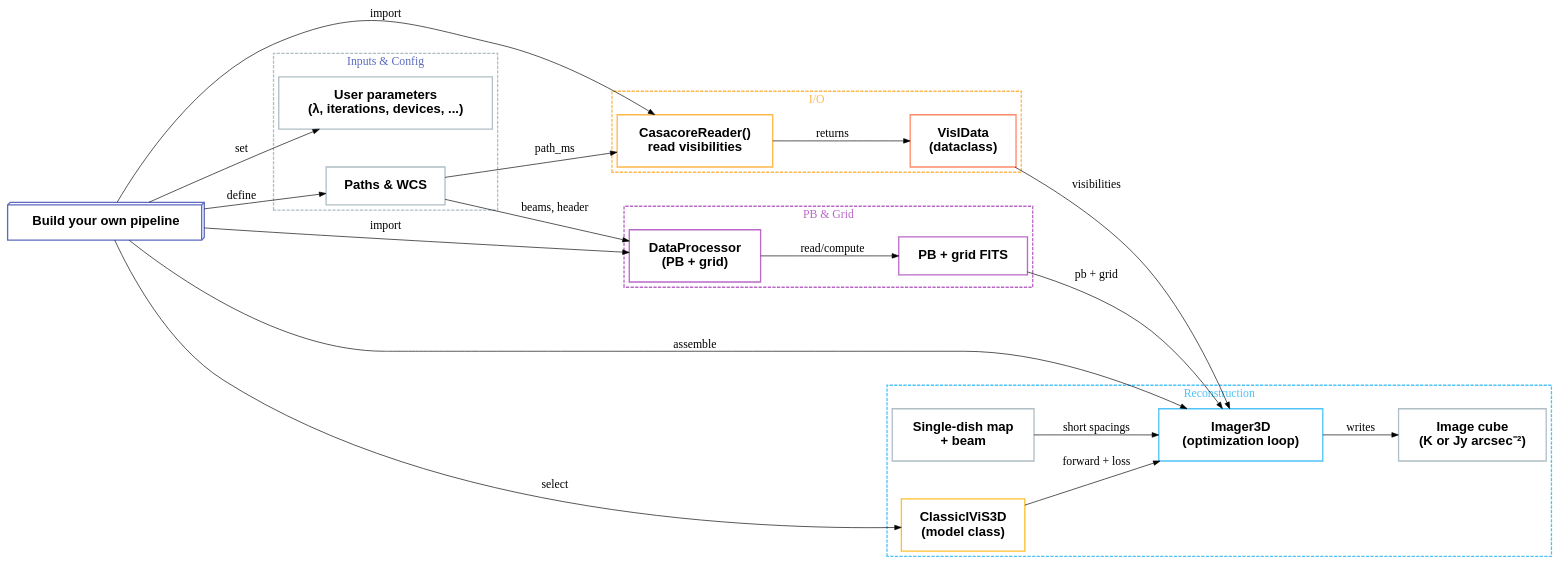
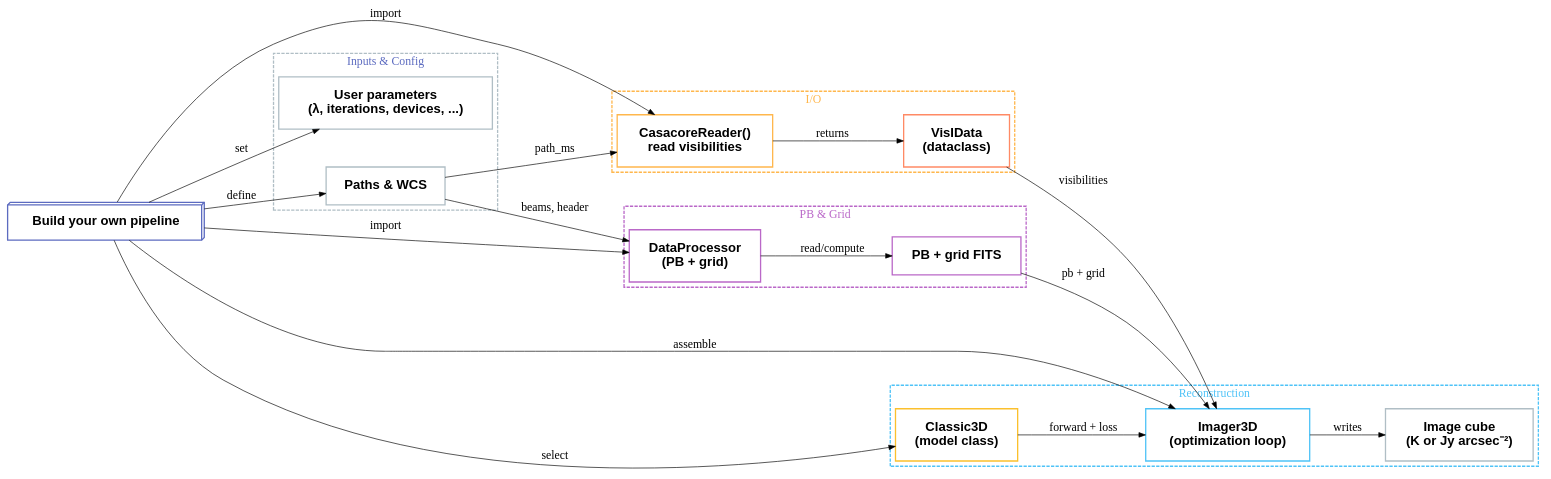
Before and after one commit to antoinemarchal/ivis: the third of 3 diagrams in docs/contents/workflow.rst, drawn with Graphviz. The commit also changed other lines of this file, not shown here.

Commit message:
update workflow graph

```diff
--- a/docs/contents/workflow.rst
+++ b/docs/contents/workflow.rst
@@ -37,113 +253,108 @@
-.. graphviz::
+   .. graphviz::
 
-   digraph ivis_workflow {
-       rankdir=LR;             // left-to-right layout
-       bgcolor="white";
-       fontcolor="black";
-       fontsize=22;            // global font size
-       nodesep=0.8;
-       ranksep=0.8;
+      digraph ivis_workflow {
+	  rankdir=LR;             // left-to-right layout
+	  bgcolor="white";
+	  fontcolor="black";
+	  fontsize=22;            // global font size
+	  nodesep=0.8;
+	  ranksep=0.8;
 
-       node [
-           shape=box,
-           style=filled,
-           fontname="Helvetica-Bold",
-           fontsize=20,
-           fontcolor="black",
-           fillcolor="white",
-           margin=0.25,
-           penwidth=2           // thicker node borders
-       ];
+	  node [
+	      shape=box,
+	      style=filled,
+	      fontname="Helvetica-Bold",
+	      fontsize=20,
+	      fontcolor="black",
+	      fillcolor="white",
+	      margin=0.25,
+	      penwidth=2           // thicker node borders
+	  ];
 
-       // --- Main pipeline ---
-       PIPELINE   [label="Build your own pipeline", shape=box3d, color="#5c6bc0"];
+	  // --- Main pipeline ---
+	  PIPELINE   [label="Build your own pipeline", shape=box3d, color="#5c6bc0"];
 
-       // --- Inputs / config ---
-       PATHS      [label="Paths & WCS", color="#b0bec5"];
-       PARAMS     [label="User parameters\n(λ, iterations, devices, ...)", color="#b0bec5"];
+	  // --- Inputs / config ---
+	  PATHS      [label="Paths & WCS", color="#b0bec5"];
+	  PARAMS     [label="User parameters\n(λ, iterations, devices, ...)", color="#b0bec5"];
 
-       // --- I/O stage ---
-       CASAREAD   [label="CasacoreReader()\nread visibilities", color="#ffb74d"];
-       VISDATA    [label="VisIData\n(dataclass)", color="#ff8a65"];
+	  // --- I/O stage ---
+	  CASAREAD   [label="CasacoreReader()\nread visibilities", color="#ffb74d"];
+	  VISDATA    [label="VisIData\n(dataclass)", color="#ff8a65"];
 
-       // --- PB + grid stage ---
-       DATAPROC   [label="DataProcessor\n(PB + grid)", color="#ba68c8"];
-       PBGRID     [label="PB + grid FITS", color="#ba68c8"];
+	  // --- PB + grid stage ---
+	  DATAPROC   [label="DataProcessor\n(PB + grid)", color="#ba68c8"];
+	  PBGRID     [label="PB + grid FITS", color="#ba68c8"];
 
-       // --- Optional single-dish ---
-       SD         [label="Single-dish map\n+ beam", color="#b0bec5"];
+	  // --- Imager & model ---
+	  IMAGER     [label="Imager3D\n(optimization loop)", color="#4fc3f7"];
+	  MODEL      [label="Classic3D\n(model class)", color="#fbc02d"];
 
-       // --- Imager & model ---
-       IMAGER     [label="Imager3D\n(optimization loop)", color="#4fc3f7"];
-       MODEL      [label="ClassicIViS3D\n(model class)", color="#fbc02d"];
+	  // --- Output ---
+	  IMAGE      [label="Image cube\n(K or Jy arcsec⁻²)", color="#b0bec5"];
 
-       // --- Output ---
-       IMAGE      [label="Image cube\n(K or Jy arcsec⁻²)", color="#b0bec5"];
+	  // --- Edges (arrows) ---
+	  edge [
+	      color="black",
+	      fontcolor="black",
+	      fontsize=18
+	  ];
 
-       // --- Edges (arrows) ---
-       edge [
-           color="black",
-           fontcolor="black",
-           fontsize=18
-           // default penwidth, so arrows not too thick
-       ];
+	  PIPELINE -> PATHS      [label="define"];
+	  PIPELINE -> PARAMS     [label="set"];
+	  PIPELINE -> CASAREAD   [label="import"];
+	  PIPELINE -> DATAPROC   [label="import"];
+	  PIPELINE -> MODEL      [label="select"];
+	  PIPELINE -> IMAGER     [label="assemble"];
 
-       PIPELINE -> PATHS      [label="define"];
-       PIPELINE -> PARAMS     [label="set"];
-       PIPELINE -> CASAREAD   [label="import"];
-       PIPELINE -> DATAPROC   [label="import"];
-       PIPELINE -> MODEL      [label="select"];
-       PIPELINE -> IMAGER     [label="assemble"];
+	  PATHS    -> CASAREAD   [label="path_ms"];
+	  PATHS    -> DATAPROC   [label="beams, header"];
 
-       PATHS    -> CASAREAD   [label="path_ms"];
-       PATHS    -> DATAPROC   [label="beams, header"];
+	  CASAREAD -> VISDATA    [label="returns"];
+	  VISDATA  -> IMAGER     [label="visibilities"];
+	  DATAPROC -> PBGRID     [label="read/compute"];
+	  PBGRID   -> IMAGER     [label="pb + grid"];
+	  MODEL    -> IMAGER     [label="forward + loss"];
+	  IMAGER   -> IMAGE      [label="writes"];
 
-       CASAREAD -> VISDATA    [label="returns"];
-       VISDATA  -> IMAGER     [label="visibilities"];
-       DATAPROC -> PBGRID     [label="read/compute"];
-       PBGRID   -> IMAGER     [label="pb + grid"];
-       SD       -> IMAGER     [label="short spacings"];
-       MODEL    -> IMAGER     [label="forward + loss"];
-       IMAGER   -> IMAGE      [label="writes"];
+	  // --- Optional grouping for readability ---
+	  subgraph cluster_inputs {
+	      label="Inputs & Config";
+	      fontsize=18;
+	      style=dashed;
+	      color="#b0bec5";
+	      fontcolor="#5c6bc0";
+	      penwidth=2;
+	      PATHS; PARAMS;
+	  }
 
-       // --- Optional grouping for readability ---
-       subgraph cluster_inputs {
-           label="Inputs & Config";
-           fontsize=18;
-           style=dashed;
-           color="#b0bec5";
-           fontcolor="#5c6bc0";
-           penwidth=2;          // thicker dashed box
-           PATHS; PARAMS;
-       }
+	  subgraph cluster_io {
+	      label="I/O";
+	      fontsize=18;
+	      style=dashed;
+	      color="#ffb74d";
+	      fontcolor="#ffb74d";
+	      penwidth=2;
+	      CASAREAD; VISDATA;
+	  }
 
-       subgraph cluster_io {
-           label="I/O";
-           fontsize=18;
-           style=dashed;
-           color="#ffb74d";
-           fontcolor="#ffb74d";
-           penwidth=2;
-           CASAREAD; VISDATA;
-       }
+	  subgraph cluster_pb {
+	      label="PB & Grid";
+	      fontsize=18;
+	      style=dashed;
+	      color="#ba68c8";
+	      fontcolor="#ba68c8";
+	      penwidth=2;
+	      DATAPROC; PBGRID;
+	  }
 
-       subgraph cluster_pb {
-           label="PB & Grid";
-           fontsize=18;
-           style=dashed;
-           color="#ba68c8";
-           fontcolor="#ba68c8";
-           penwidth=2;
-           DATAPROC; PBGRID;
-       }
-
-       subgraph cluster_recon {
-           label="Reconstruction";
-           fontsize=18;
-           style=dashed;
-           color="#4fc3f7";
-           fontcolor="#4fc3f7";
-           penwidth=2;
-           SD; IMAGER; MODEL; IMAGE;
-       }
-   }
+	  subgraph cluster_recon {
+	      label="Reconstruction";
+	      fontsize=18;
+	      style=dashed;
+	      color="#4fc3f7";
+	      fontcolor="#4fc3f7";
+	      penwidth=2;
+	      IMAGER; MODEL; IMAGE;
+	  }
+      }   
```
